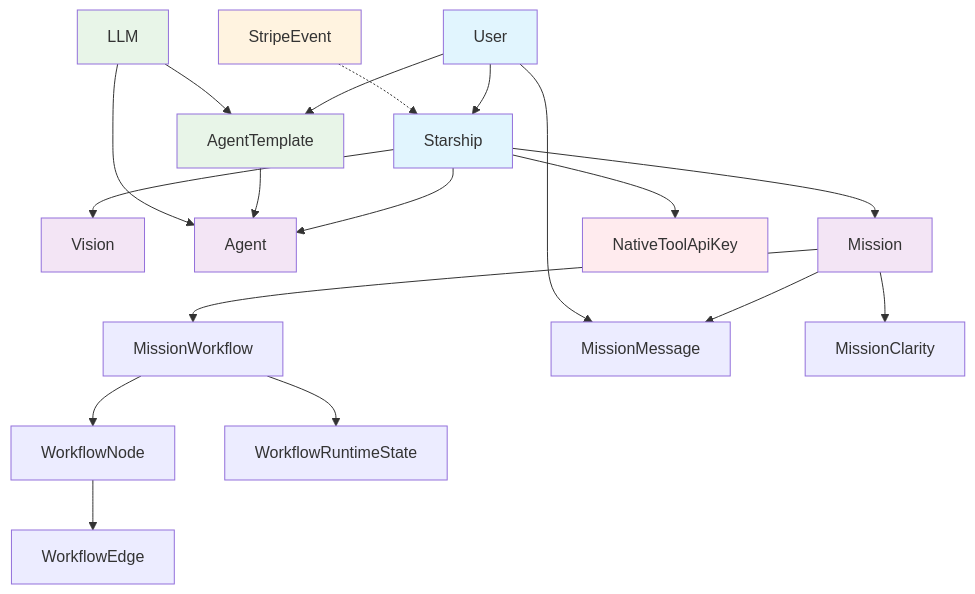
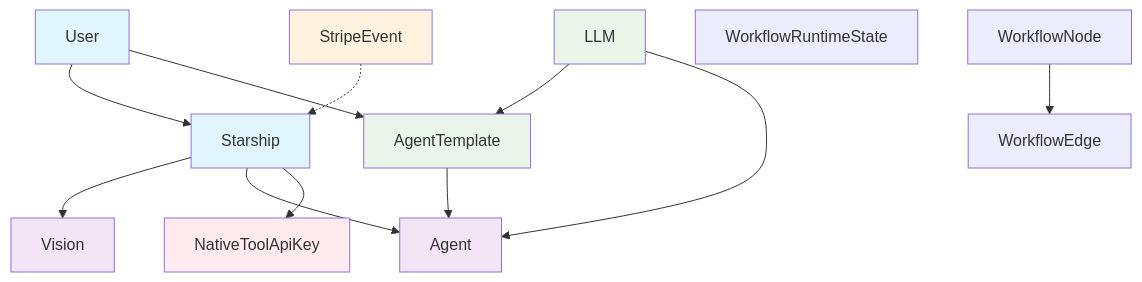
Before and after one commit to theingenuityco/starships.ai: the second of 2 diagrams in docs/er-diagram.md, drawn with Mermaid. The commit also changed other lines of this file and 57 other files, not shown here.

````diff
--- a/docs/er-diagram.md
+++ b/docs/er-diagram.md
@@ -247,40 +185,34 @@
 ```mermaid
 graph TD
     %% Core Entities
     U[User] --> S[Starship]
     S --> V[Vision]
     S --> A[Agent]
-    S --> M[Mission]
     S --> NK[NativeToolApiKey]
 
     %% Agent System
     U --> AT[AgentTemplate]
     AT --> A
     L[LLM] --> AT
     L --> A
 
-    %% Mission System
-    M --> MW[MissionWorkflow]
-    MW --> WN[WorkflowNode]
-    WN --> WE[WorkflowEdge]
-    MW --> WRS[WorkflowRuntimeState]
-    M --> MM[MissionMessage]
-    M --> MC[MissionClarity]
-    U --> MM
+    %% Workflow System
+    WN[WorkflowNode] --> WE[WorkflowEdge]
+    WRS[WorkflowRuntimeState]
 
     %% Stripe Integration
     SE[StripeEvent] -.-> S
 
     %% Styling
     classDef primary fill:#e1f5fe
     classDef secondary fill:#f3e5f5
     classDef system fill:#e8f5e8
     classDef security fill:#ffebee
     classDef integration fill:#fff3e0
 
     class U,S primary
-    class A,M,V secondary
+    class A,V secondary
     class L,AT system
     class NK security
     class SE integration
 ```
````
